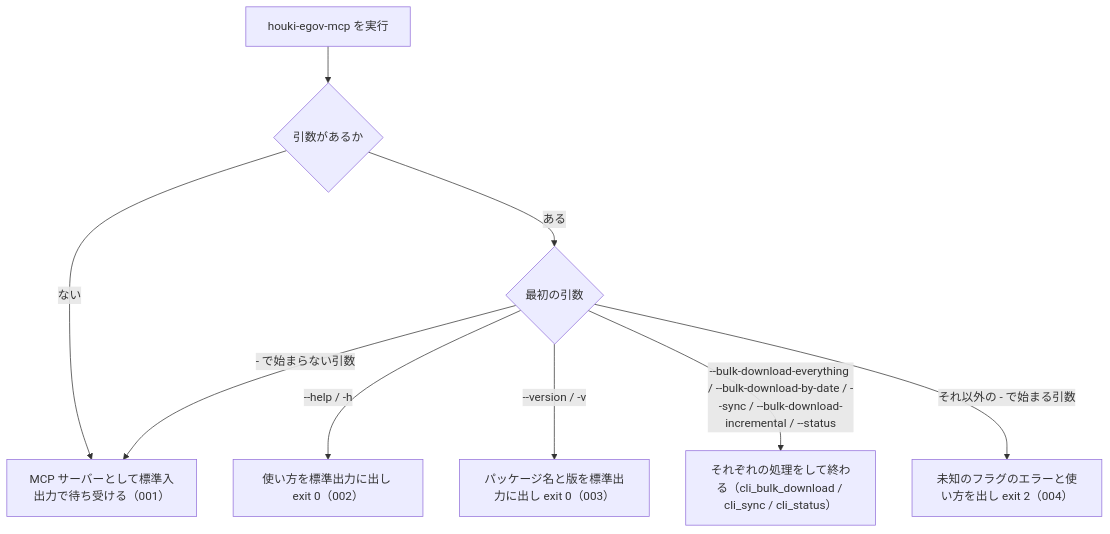
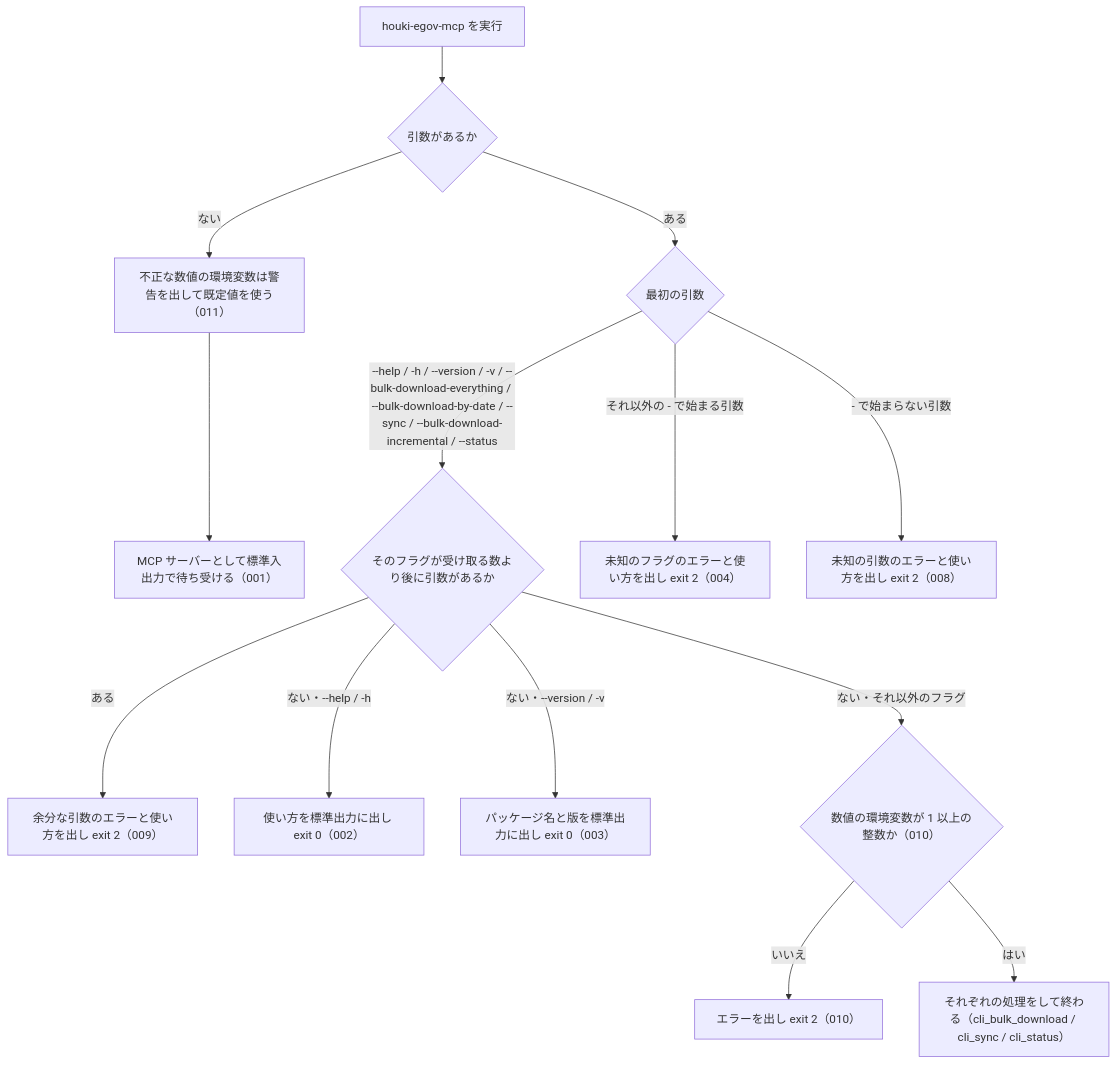
The diagram in specs/current/cli_entry/spec.md (shuji-bonji/houki-egov-mcp), drawn with Mermaid before and after one commit. The commit also changed other lines of this file and 17 other files, not shown here.

````diff
--- a/specs/current/cli_entry/spec.md
+++ b/specs/current/cli_entry/spec.md
@@ -35,11 +41,15 @@
 ```mermaid
 flowchart TD
   A["houki-egov-mcp を実行"] --> B{"引数があるか"}
-  B -- ない --> S["MCP サーバーとして標準入出力で待ち受ける（001）"]
+  B -- ない --> S0["不正な数値の環境変数は警告を出して既定値を使う（011）"] --> S["MCP サーバーとして標準入出力で待ち受ける（001）"]
   B -- ある --> C{"最初の引数"}
-  C -- "--help / -h" --> H["使い方を標準出力に出し exit 0（002）"]
-  C -- "--version / -v" --> V["パッケージ名と版を標準出力に出し exit 0（003）"]
-  C -- "--bulk-download-everything / --bulk-download-by-date / --sync / --bulk-download-incremental / --status" --> O["それぞれの処理をして終わる（cli_bulk_download / cli_sync / cli_status）"]
+  C -- "--help / -h / --version / -v / --bulk-download-everything / --bulk-download-by-date / --sync / --bulk-download-incremental / --status" --> X{"そのフラグが受け取る数より後に引数があるか"}
+  X -- ある --> Y["余分な引数のエラーと使い方を出し exit 2（009）"]
+  X -- "ない・--help / -h" --> H["使い方を標準出力に出し exit 0（002）"]
+  X -- "ない・--version / -v" --> V["パッケージ名と版を標準出力に出し exit 0（003）"]
+  X -- "ない・それ以外のフラグ" --> Z{"数値の環境変数が 1 以上の整数か（010）"}
+  Z -- いいえ --> Z1["エラーを出し exit 2（010）"]
+  Z -- はい --> O["それぞれの処理をして終わる（cli_bulk_download / cli_sync / cli_status）"]
   C -- "それ以外の - で始まる引数" --> U["未知のフラグのエラーと使い方を出し exit 2（004）"]
-  C -- "- で始まらない引数" --> S
+  C -- "- で始まらない引数" --> P["未知の引数のエラーと使い方を出し exit 2（008）"]
 ```
````
